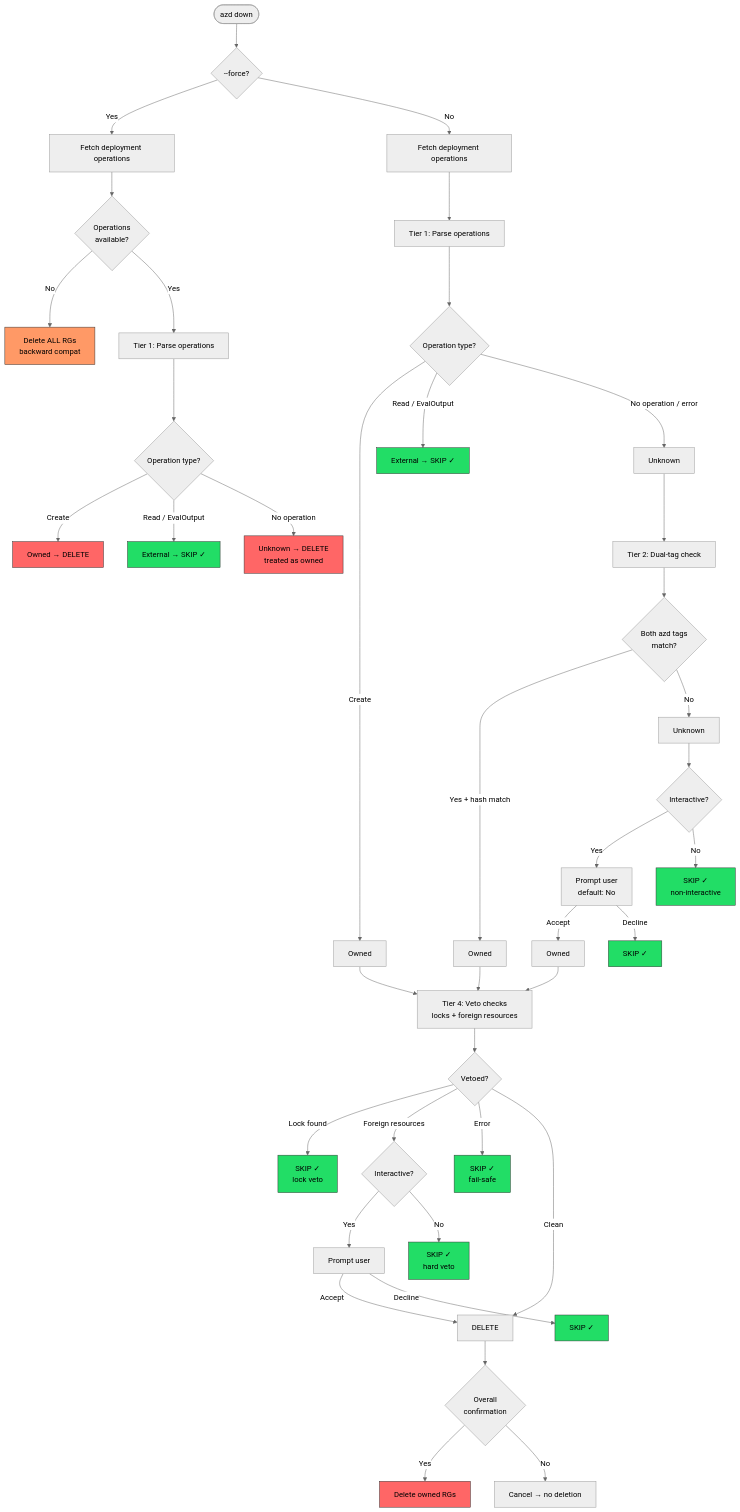
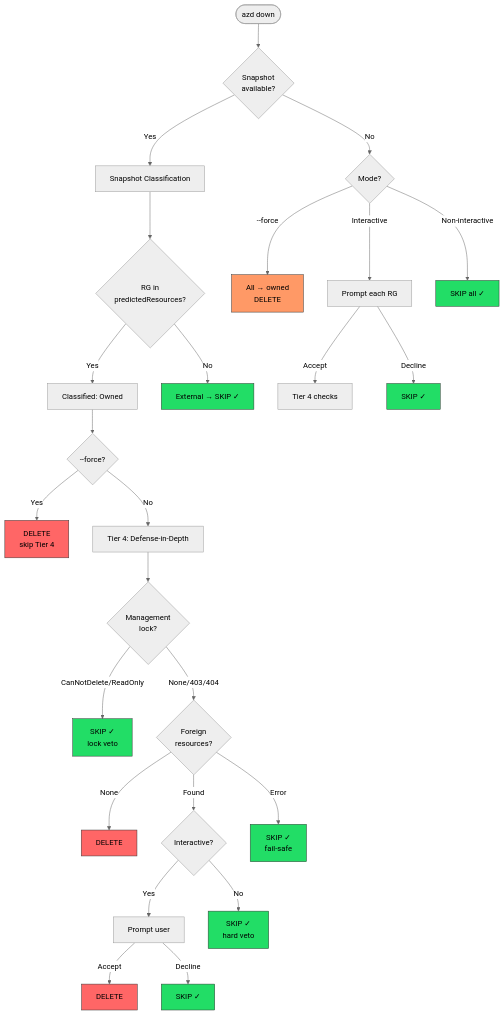
The diagram in docs/azd-down-resource-group-safety/architecture.md (Azure/azure-dev), drawn with Mermaid (neutral theme) before and after one commit. The commit also changed other lines of this file and 1 other file, not shown here.

First line of the commit message:
docs: update architecture doc and classifier comments for snapshot-only approach

````diff
--- a/docs/azd-down-resource-group-safety/architecture.md
+++ b/docs/azd-down-resource-group-safety/architecture.md
@@ -245,62 +176,45 @@
 ```mermaid
 flowchart TD
-    Start([azd down]) --> Force{--force?}
+    Start([azd down]) --> Snapshot{Snapshot<br/>available?}
 
-    Force -->|Yes| FetchOps1[Fetch deployment operations]
-    FetchOps1 --> OpsAvail1{Operations<br/>available?}
-    OpsAvail1 -->|No| DeleteAll[Delete ALL RGs<br/>backward compat]
-    OpsAvail1 -->|Yes| Tier1Force[Tier 1: Parse operations]
-    Tier1Force --> ForceClassify{Operation type?}
-    ForceClassify -->|Create| ForceOwned[Owned → DELETE]
-    ForceClassify -->|Read / EvalOutput| ForceSkip[External → SKIP ✓]
-    ForceClassify -->|No operation| ForceUnknown[Unknown → DELETE<br/>treated as owned]
+    Snapshot -->|Yes| SnapClass[Snapshot Classification]
+    SnapClass --> SnapResult{RG in<br/>predictedResources?}
+    SnapResult -->|Yes| Owned[Classified: Owned]
+    SnapResult -->|No| SnapSkip[External → SKIP ✓]
 
-    Force -->|No| FetchOps2[Fetch deployment operations]
-    FetchOps2 --> Tier1[Tier 1: Parse operations]
-    Tier1 --> T1Result{Operation type?}
-    T1Result -->|Create| T1Owned[Owned]
-    T1Result -->|Read / EvalOutput| T1Skip[External → SKIP ✓]
-    T1Result -->|No operation / error| T1Unknown[Unknown]
+    Owned --> ForceCheck{--force?}
+    ForceCheck -->|Yes| ForceDelete[DELETE<br/>skip Tier 4]
+    ForceCheck -->|No| Tier4[Tier 4: Defense-in-Depth]
 
-    T1Unknown --> Tier2[Tier 2: Dual-tag check]
-    Tier2 --> T2Result{Both azd tags<br/>match?}
-    T2Result -->|Yes + hash match| T2Owned[Owned]
-    T2Result -->|No| T2Unknown[Unknown]
+    Tier4 --> LockCheck{Management<br/>lock?}
+    LockCheck -->|CanNotDelete/ReadOnly| LockSkip[SKIP ✓<br/>lock veto]
+    LockCheck -->|None/403/404| ForeignCheck{Foreign<br/>resources?}
 
-    T2Unknown --> Tier3{Interactive?}
-    Tier3 -->|Yes| Prompt[Prompt user<br/>default: No]
-    Prompt -->|Accept| T3Owned[Owned]
-    Prompt -->|Decline| T3Skip[SKIP ✓]
-    Tier3 -->|No| T3SkipAuto[SKIP ✓<br/>non-interactive]
+    ForeignCheck -->|None| Clean[DELETE]
+    ForeignCheck -->|Found| Interactive{Interactive?}
+    Interactive -->|Yes| Prompt[Prompt user]
+    Prompt -->|Accept| PromptDelete[DELETE]
+    Prompt -->|Decline| PromptSkip[SKIP ✓]
+    Interactive -->|No| HardVeto[SKIP ✓<br/>hard veto]
 
-    T1Owned --> Tier4
-    T2Owned --> Tier4
-    T3Owned --> Tier4
-    Tier4[Tier 4: Veto checks<br/>locks + foreign resources]
-    Tier4 --> T4Result{Vetoed?}
-    T4Result -->|Lock found| T4Skip[SKIP ✓<br/>lock veto]
-    T4Result -->|Foreign resources| T4Prompt{Interactive?}
-    T4Prompt -->|Yes| T4UserPrompt[Prompt user]
-    T4UserPrompt -->|Accept| T4Delete[DELETE]
-    T4UserPrompt -->|Decline| T4SkipUser[SKIP ✓]
-    T4Prompt -->|No| T4SkipHard[SKIP ✓<br/>hard veto]
-    T4Result -->|Error| T4SkipErr[SKIP ✓<br/>fail-safe]
-    T4Result -->|Clean| T4Delete
+    Snapshot -->|No| GuardMode{Mode?}
+    GuardMode -->|--force| ForceAll[All → owned<br/>DELETE]
+    GuardMode -->|Interactive| PromptAll[Prompt each RG]
+    PromptAll -->|Accept| GuardTier4[Tier 4 checks]
+    PromptAll -->|Decline| GuardSkip[SKIP ✓]
+    GuardMode -->|Non-interactive| SkipAll[SKIP all ✓]
 
-    T4Delete --> Confirm{Overall<br/>confirmation}
-    Confirm -->|Yes| Delete[Delete owned RGs]
-    Confirm -->|No| Cancel[Cancel → no deletion]
+    ForeignCheck -->|Error| ErrSkip[SKIP ✓<br/>fail-safe]
 
-    style ForceSkip fill:#2d6,stroke:#333,color:#000
-    style T1Skip fill:#2d6,stroke:#333,color:#000
-    style T3Skip fill:#2d6,stroke:#333,color:#000
-    style T3SkipAuto fill:#2d6,stroke:#333,color:#000
-    style T4Skip fill:#2d6,stroke:#333,color:#000
-    style T4SkipUser fill:#2d6,stroke:#333,color:#000
-    style T4SkipHard fill:#2d6,stroke:#333,color:#000
-    style T4SkipErr fill:#2d6,stroke:#333,color:#000
-    style ForceOwned fill:#f66,stroke:#333,color:#000
-    style ForceUnknown fill:#f66,stroke:#333,color:#000
-    style Delete fill:#f66,stroke:#333,color:#000
-    style DeleteAll fill:#f96,stroke:#333,color:#000
+    style SnapSkip fill:#2d6,stroke:#333,color:#000
+    style LockSkip fill:#2d6,stroke:#333,color:#000
+    style PromptSkip fill:#2d6,stroke:#333,color:#000
+    style HardVeto fill:#2d6,stroke:#333,color:#000
+    style GuardSkip fill:#2d6,stroke:#333,color:#000
+    style SkipAll fill:#2d6,stroke:#333,color:#000
+    style ErrSkip fill:#2d6,stroke:#333,color:#000
+    style Clean fill:#f66,stroke:#333,color:#000
+    style ForceDelete fill:#f66,stroke:#333,color:#000
+    style ForceAll fill:#f96,stroke:#333,color:#000
+    style PromptDelete fill:#f66,stroke:#333,color:#000
 ```
````
